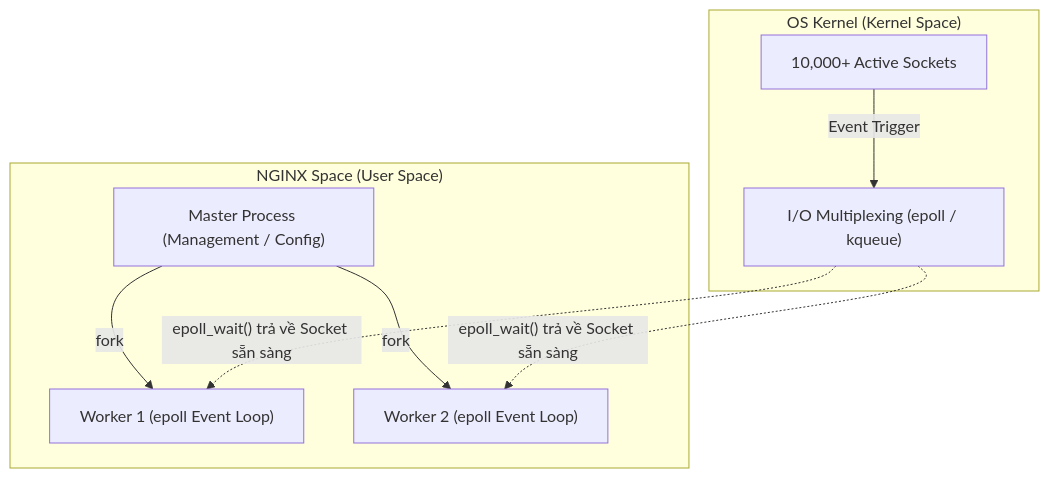
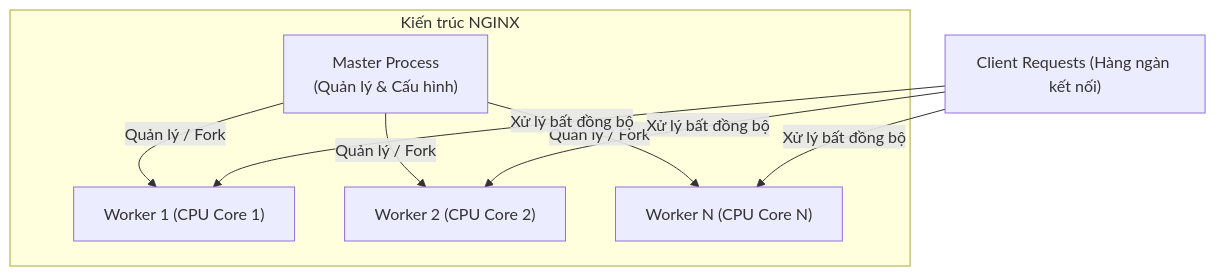
Before and after one commit to MaiTheHao/docs: the second of 2 diagrams in temporary/nginx/01_nginx_introduction.md, drawn with Mermaid. The commit also changed other lines of this file and 3 other files, not shown here.

````diff
--- a/temporary/nginx/01_nginx_introduction.md
+++ b/temporary/nginx/01_nginx_introduction.md
@@ -118,20 +116,16 @@
 ```mermaid
 graph TD
-    accTitle: "Kiến trúc Multi-Worker & OS Kernel I/O Multiplexing"
-    accDescr: "Sơ đồ minh họa sự phối hợp giữa I/O Multiplexing ở Kernel Space và mô hình Multi-Worker ở User Space."
-
-    subgraph OSKernel["OS Kernel (Kernel Space)"]
-        Epoll["I/O Multiplexing (epoll / kqueue)"]
-        Sockets["10,000+ Active Sockets"]
-        Sockets -->|"Event Trigger"| Epoll
+    Client["Client Requests (Hàng ngàn kết nối)"]
+    
+    subgraph NGINX["Kiến trúc NGINX"]
+        Master["Master Process\n(Quản lý & Cấu hình)"]
+        
+        Master -->|"Quản lý / Fork"| W1["Worker 1 (CPU Core 1)"]
+        Master -->|"Quản lý / Fork"| W2["Worker 2 (CPU Core 2)"]
+        Master -->|"Quản lý / Fork"| WN["Worker N (CPU Core N)"]
     end
-
-    subgraph NginxSpace["NGINX Space (User Space)"]
-        Master["Master Process (Management / Config)"]
-        Master -->|"fork"| Worker1["Worker 1 (epoll Event Loop)"]
-        Master -->|"fork"| Worker2["Worker 2 (epoll Event Loop)"]
-
-        Epoll -.->|"epoll_wait() trả về Socket sẵn sàng"| Worker1
-        Epoll -.->|"epoll_wait() trả về Socket sẵn sàng"| Worker2
-    end
+    
+    Client -->|"Xử lý bất đồng bộ"| W1
+    Client -->|"Xử lý bất đồng bộ"| W2
+    Client -->|"Xử lý bất đồng bộ"| WN
 ```
````
